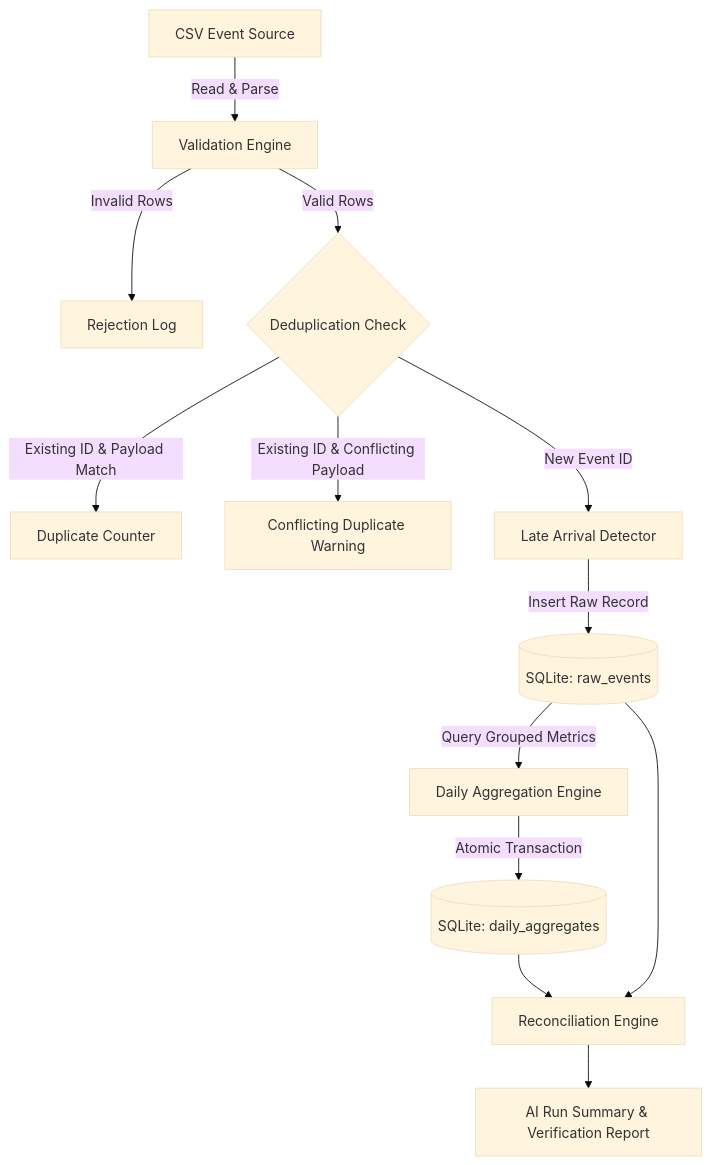
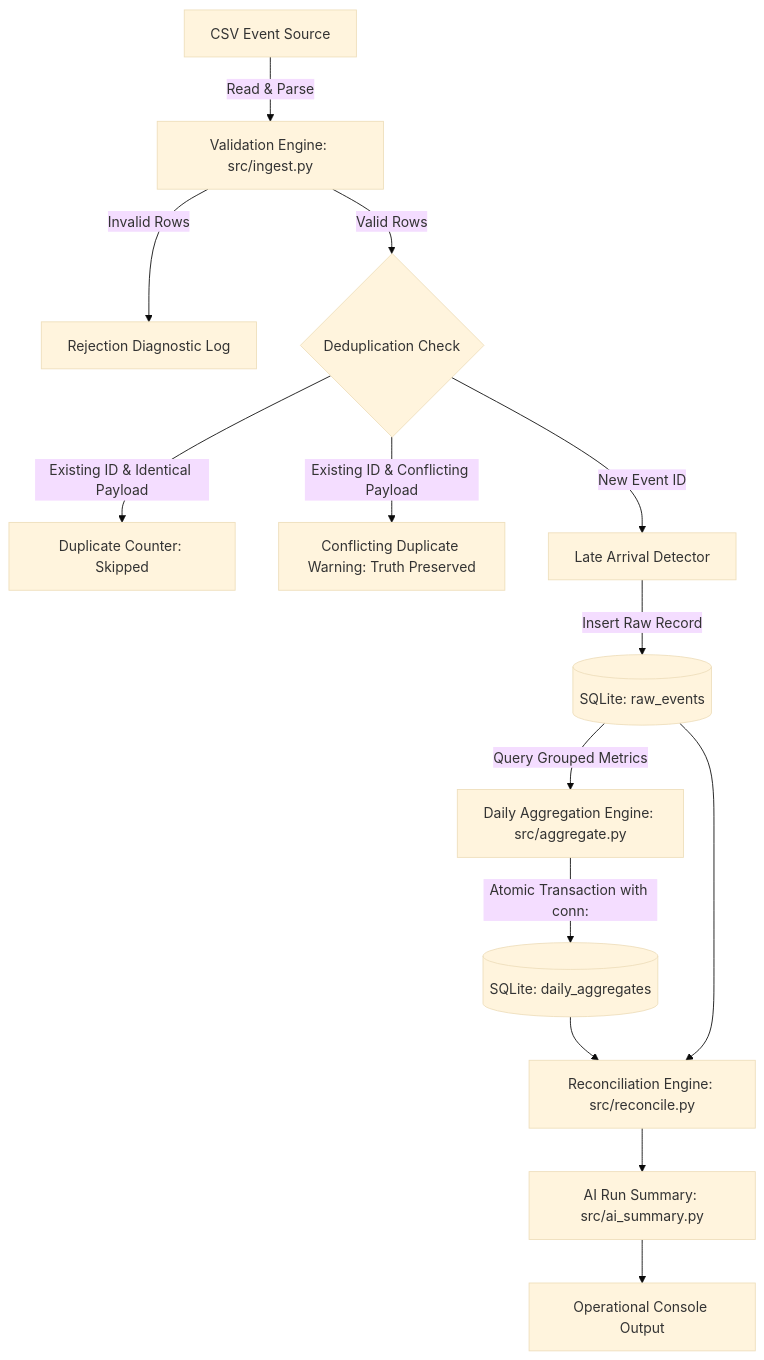
Before and after one commit to kunalSri2303/late-arriving-event-pipeline: the diagram in docs/architecture.md, drawn with Mermaid (base theme). The commit also changed other lines of this file and 11 other files, not shown here.

````diff
--- a/docs/architecture.md
+++ b/docs/architecture.md
@@ -17,15 +18,16 @@
 ```mermaid
 flowchart TD
-    A[CSV Event Source] -->|Read & Parse| B[Validation Engine]
-    B -->|Invalid Rows| C[Rejection Log]
+    A[CSV Event Source] -->|Read & Parse| B[Validation Engine: src/ingest.py]
+    B -->|Invalid Rows| C[Rejection Diagnostic Log]
     B -->|Valid Rows| D{Deduplication Check}
-    D -->|Existing ID & Payload Match| E[Duplicate Counter]
-    D -->|Existing ID & Conflicting Payload| F[Conflicting Duplicate Warning]
+    D -->|Existing ID & Identical Payload| E[Duplicate Counter: Skipped]
+    D -->|Existing ID & Conflicting Payload| F[Conflicting Duplicate Warning: Truth Preserved]
     D -->|New Event ID| G[Late Arrival Detector]
     G -->|Insert Raw Record| H[(SQLite: raw_events)]
-    H -->|Query Grouped Metrics| I[Daily Aggregation Engine]
-    I -->|Atomic Transaction| J[(SQLite: daily_aggregates)]
-    J --> K[Reconciliation Engine]
+    H -->|Query Grouped Metrics| I[Daily Aggregation Engine: src/aggregate.py]
+    I -->|Atomic Transaction with conn:| J[(SQLite: daily_aggregates)]
+    J --> K[Reconciliation Engine: src/reconcile.py]
     H --> K
-    K --> L[AI Run Summary & Verification Report]
+    K --> L[AI Run Summary: src/ai_summary.py]
+    L --> M[Operational Console Output]
 ```
````
